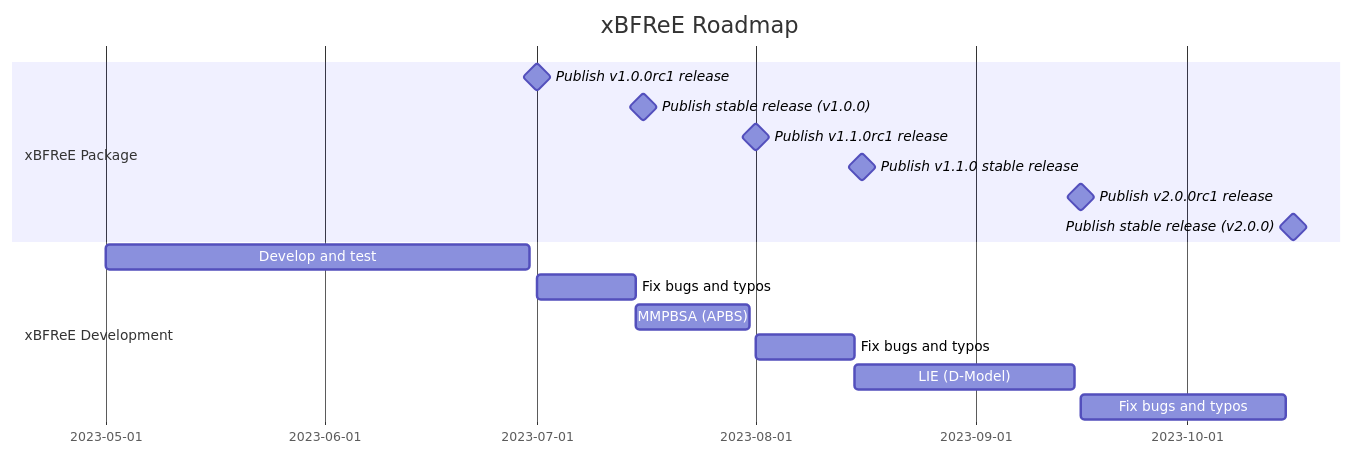
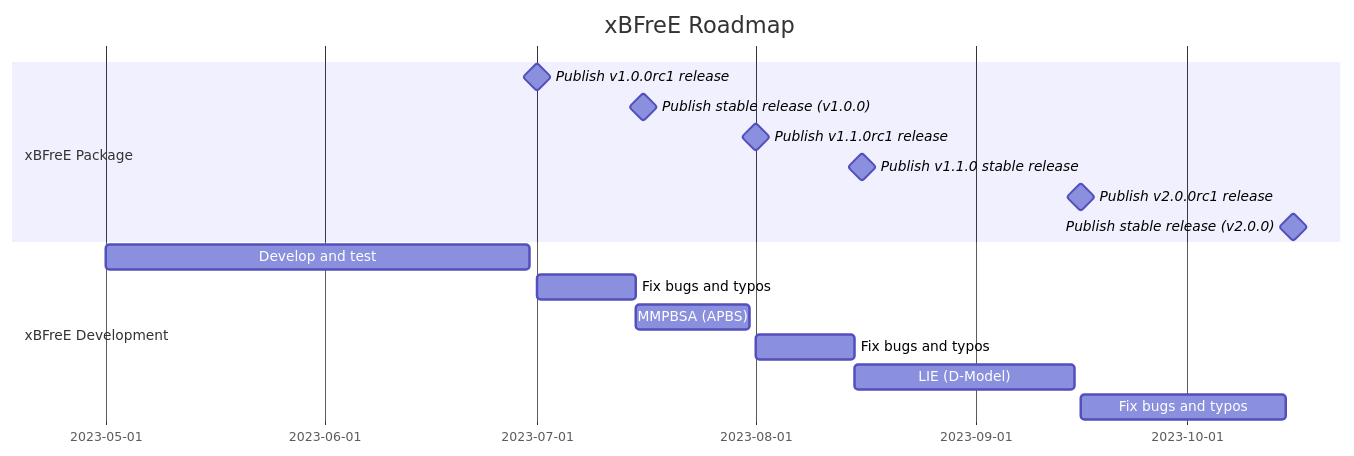
The diagram in docs/project/roadmap.md (xBFreEnergy/xBFreEnergy.github.io), drawn with Mermaid before and after one commit. The commit also changed 4 other files, not shown here.

````diff
--- a/docs/project/roadmap.md
+++ b/docs/project/roadmap.md
@@ -12,23 +12,23 @@
 ```mermaid
 gantt
     dateFormat  YYYY-MM-DD
-    title       xBFReE Roadmap
+    title       xBFreE Roadmap
     
-    section xBFReE Package
+    section xBFreE Package
         Publish v1.0.0rc1 release   :milestone, 2023-07-01, 0d
         Publish stable release (v1.0.0)   :milestone, 2023-07-16, 0d
         Publish v1.1.0rc1 release   :milestone, 2023-08-01, 0d
         Publish v1.1.0 stable release   :milestone, 2023-08-16, 0d
         Publish v2.0.0rc1 release   :milestone, 2023-09-16, 0d
         Publish stable release (v2.0.0)   :milestone, 2023-10-16, 0d
     
-    section xBFReE Development
+    section xBFreE Development
         Develop and test   :            des1, 2023-05-01, 2023-06-30
         Fix bugs and typos    :            des2, 2023-07-01, 2023-07-15
         MMPBSA (APBS) :            des1, 2023-07-15, 2023-07-31
         Fix bugs and typos  :            des1, 2023-08-01, 2023-08-15
         LIE (D-Model)  :            des1, 2023-08-15, 2023-09-15
         Fix bugs and typos     :            des2, 2023-09-16, 2023-10-15
 
 
 ```
````
